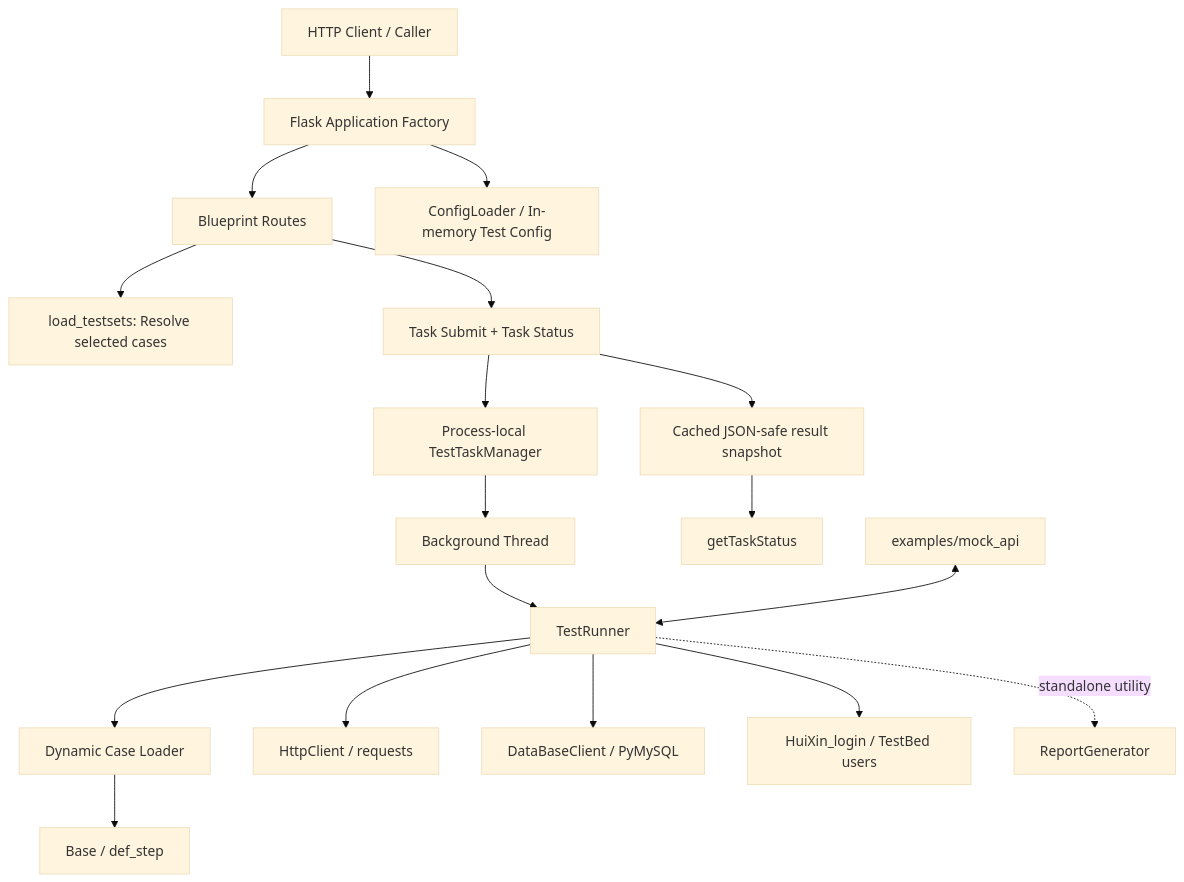
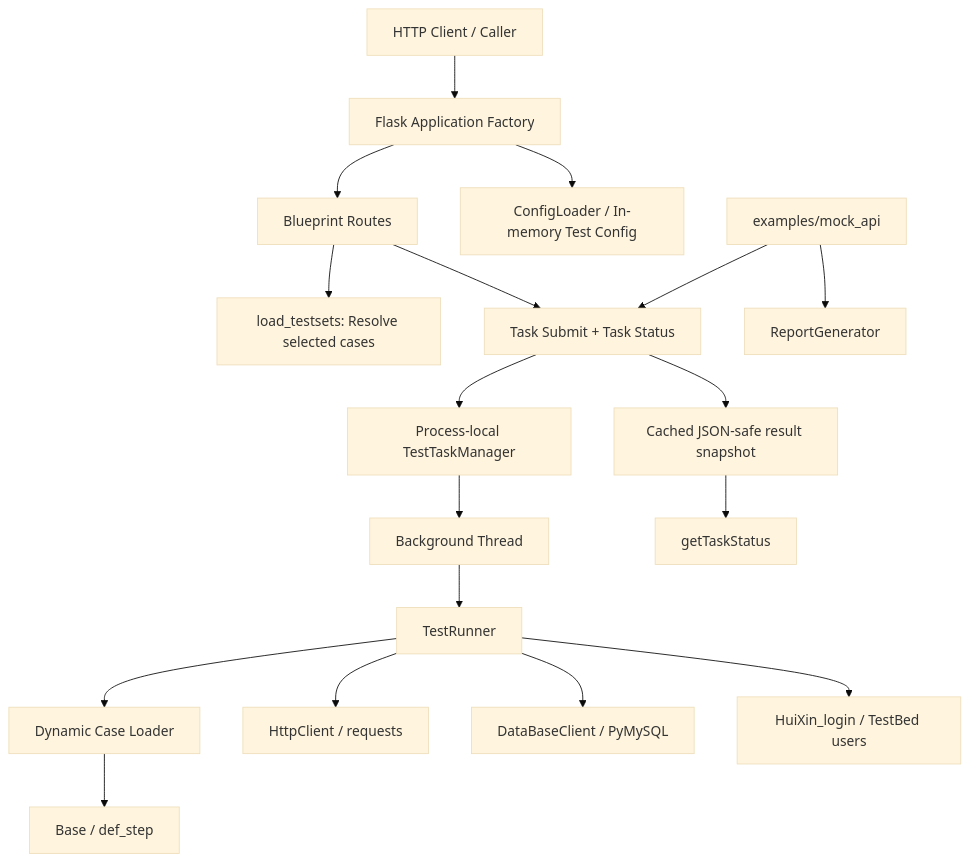
The first of 3 diagrams in docs/architecture.md (T-tang-tao/AutoTestWeb), drawn with Mermaid (base theme) before and after one commit. The commit also changed other lines of this file and 9 other files, not shown here.

````diff
--- a/docs/architecture.md
+++ b/docs/architecture.md
@@ -7,20 +7,20 @@
 ```mermaid
 flowchart TD
     Client[HTTP Client / Caller] --> Flask[Flask Application Factory]
     Flask --> Routes[Blueprint Routes]
     Flask --> Config[ConfigLoader / In-memory Test Config]
     Routes --> TestSet[load_testsets: Resolve selected cases]
     Routes --> TaskAPI[Task Submit + Task Status]
     TaskAPI --> Registry[Process-local TestTaskManager]
     Registry --> Worker[Background Thread]
     Worker --> Runner[TestRunner]
     Runner --> CaseLoader[Dynamic Case Loader]
     CaseLoader --> Base[Base / def_step]
     Runner --> Http[HttpClient / requests]
     Runner --> DB[DataBaseClient / PyMySQL]
     Runner --> Login[HuiXin_login / TestBed users]
     TaskAPI --> Snapshot[Cached JSON-safe result snapshot]
     Snapshot --> StatusAPI[getTaskStatus]
-    Runner -. standalone utility .-> ReportGen[ReportGenerator]
-    Demo[examples/mock_api] <--> Runner
+    Demo --> ReportGen[ReportGenerator]
+    Demo[examples/mock_api] --> TaskAPI
 ```
````
